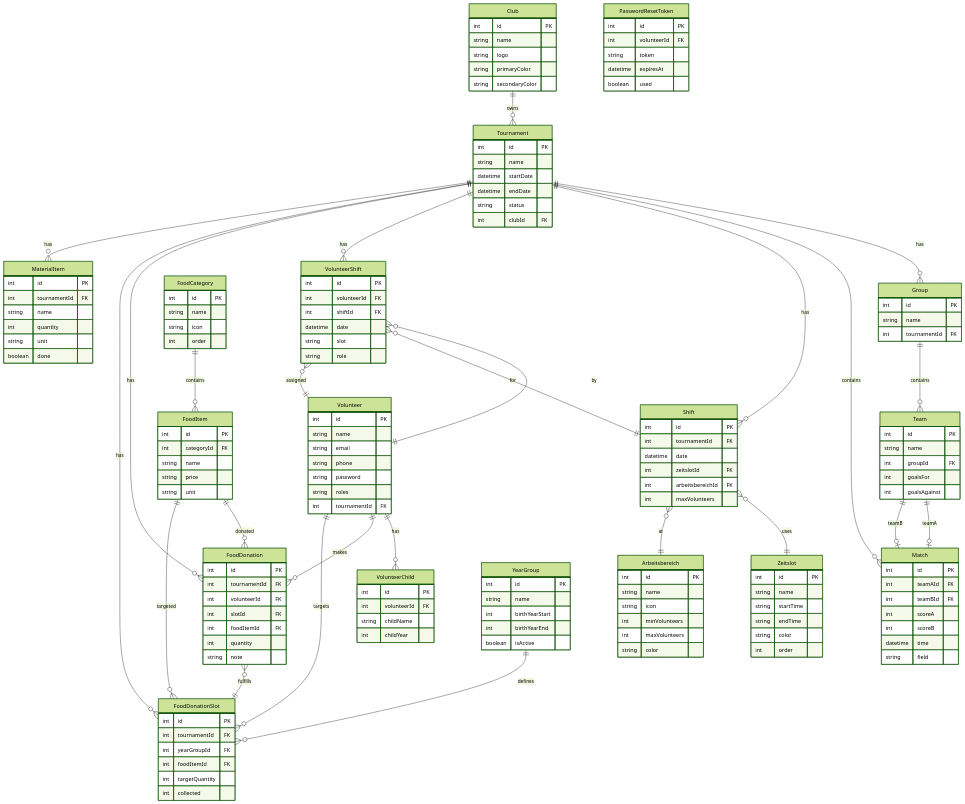
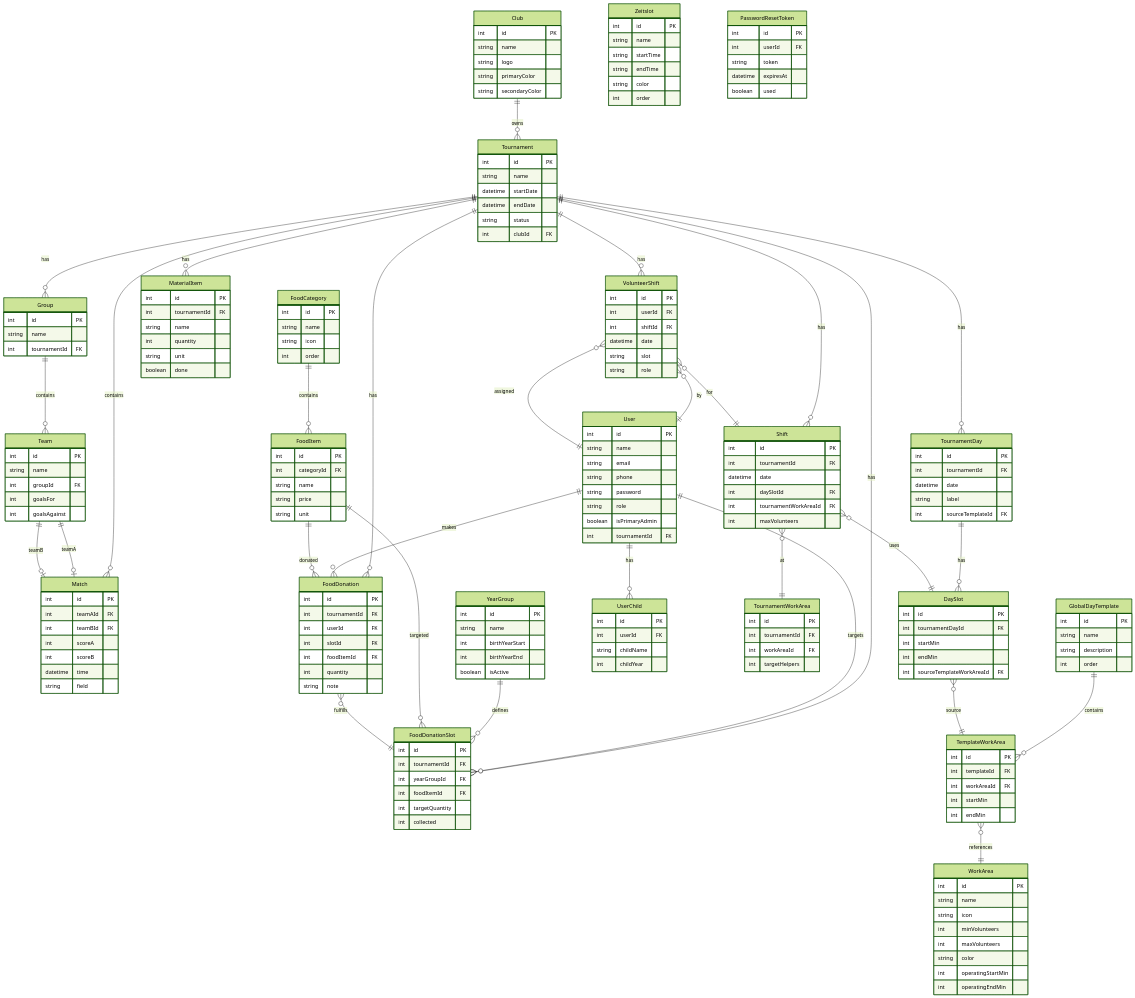
One commit to peterphilipp/Turnier-Planer changed the second of 2 diagrams in README.md. Above: the diagram before and after it, drawn with Mermaid (forest theme). The commit also changed other lines of this file and 7 other files, not shown here.

```diff
--- a/README.md
+++ b/README.md
@@ -90,19 +91,25 @@
     Tournament ||--o{ FoodDonation : "has"
     Tournament ||--o{ FoodDonationSlot : "has"
     Tournament ||--o{ MaterialItem : "has"
+    Tournament ||--o{ TournamentDay : "has"
+
+    GlobalDayTemplate ||--o{ TemplateWorkArea : "contains"
+    TemplateWorkArea }o--|| WorkArea : "references"
+    TournamentDay ||--o{ DaySlot : "has"
+    DaySlot }o--|| TemplateWorkArea : "source"
 
     Group ||--o{ Team : "contains"
     Team ||--o| Match : "teamA"
     Team ||--o| Match : "teamB"
 
-    Volunteer ||--o{ VolunteerChild : "has"
-    Volunteer ||--o{ VolunteerShift : "assigned"
-    Volunteer ||--o{ FoodDonation : "makes"
-    Volunteer ||--o{ FoodDonationSlot : "targets"
+    User ||--o{ UserChild : "has"
+    User ||--o{ VolunteerShift : "assigned"
+    User ||--o{ FoodDonation : "makes"
+    User ||--o{ FoodDonationSlot : "targets"
 
-    Shift }o--|| Zeitslot : "uses"
-    Shift }o--|| Arbeitsbereich : "at"
-    VolunteerShift }o--|| Volunteer : "by"
+    Shift }o--|| DaySlot : "uses"
+    Shift }o--|| TournamentWorkArea : "at"
+    VolunteerShift }o--|| User : "by"
     VolunteerShift }o--|| Shift : "for"
 
     FoodCategory ||--o{ FoodItem : "contains"
@@ -126,6 +133,37 @@
         datetime endDate
         string status
         int clubId FK
+    }
+
+    GlobalDayTemplate {
+        int id PK
+        string name
+        string description
+        int order
+    }
+
+    TemplateWorkArea {
+        int id PK
+        int templateId FK
+        int workAreaId FK
+        int startMin
+        int endMin
+    }
+
+    TournamentDay {
+        int id PK
+        int tournamentId FK
+        datetime date
+        string label
+        int sourceTemplateId FK
+    }
+
+    DaySlot {
+        int id PK
+        int tournamentDayId FK
+        int startMin
+        int endMin
+        int sourceTemplateWorkAreaId FK
     }
 
     Group {
@@ -152,39 +190,49 @@
         string field
     }
 
-    Volunteer {
+    User {
         int id PK
         string name
         string email
         string phone
         string password
-        string roles
+        string role
+        boolean isPrimaryAdmin
         int tournamentId FK
     }
 
-    VolunteerChild {
+    UserChild {
         int id PK
-        int volunteerId FK
+        int userId FK
         string childName
         int childYear
     }
 
     VolunteerShift {
         int id PK
-        int volunteerId FK
+        int userId FK
         int shiftId FK
         datetime date
         string slot
         string role
     }
 
-    Arbeitsbereich {
+    WorkArea {
         int id PK
         string name
         string icon
         int minVolunteers
         int maxVolunteers
         string color
+        int operatingStartMin
+        int operatingEndMin
+    }
+
+    TournamentWorkArea {
+        int id PK
+        int tournamentId FK
+        int workAreaId FK
+        int targetHelpers
     }
 
     Zeitslot {
@@ -200,8 +248,8 @@
         int id PK
         int tournamentId FK
         datetime date
-        int zeitslotId FK
-        int arbeitsbereichId FK
+        int daySlotId FK
+        int tournamentWorkAreaId FK
         int maxVolunteers
     }
 
@@ -240,7 +288,7 @@
     FoodDonation {
         int id PK
         int tournamentId FK
-        int volunteerId FK
+        int userId FK
         int slotId FK
         int foodItemId FK
         int quantity
@@ -258,7 +306,7 @@
 
     PasswordResetToken {
         int id PK
-        int volunteerId FK
+        int userId FK
         string token
         datetime expiresAt
         boolean used
```
